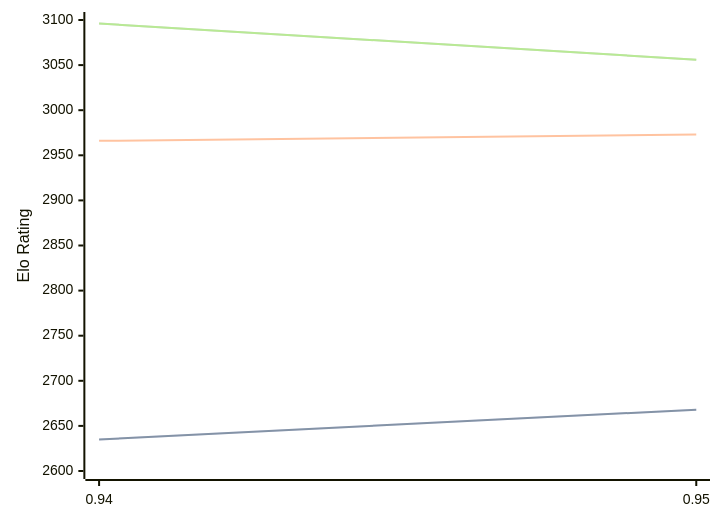
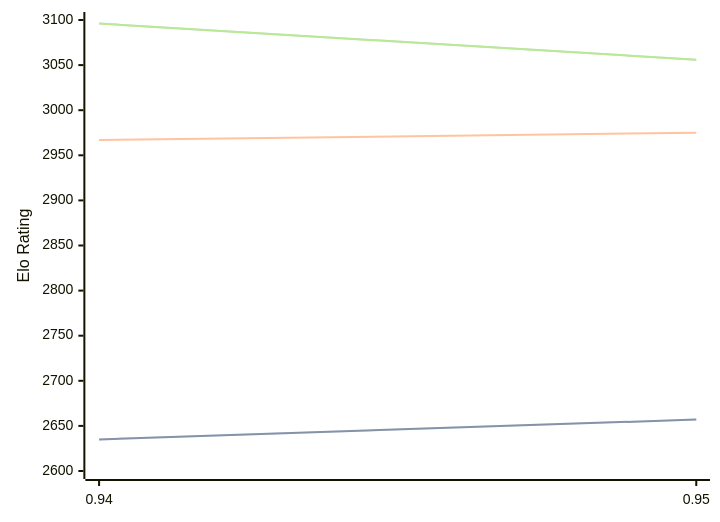
Before and after one commit to computer-chess-index/cci: the diagram in engines/Myrddin.md, drawn with Mermaid. The commit also changed other lines of this file, not shown here.

Commit message:
Update CCI Ratings (ELO VLTC) - 2026-04-27

````diff
--- a/engines/Myrddin.md
+++ b/engines/Myrddin.md
@@ -37,11 +37,11 @@
 ```mermaid
 %%{init: {"theme":"base","themeVariables":{"seriesColors:['#a3a3a3','#222221','#faa371']}}}%%
 xychart-beta
   x-axis ["0.94", "0.95"]
   y-axis "Elo Rating" 2600 --> 3100
-  line "STC (8.0+0.08s)" [2635, 2668]
-  line "STC (8.0+0.08s)" [2635, 2668]
-  line "LTC (60.0+0.60s)" [2966, 2973]
+  line "STC (8.0+0.08s)" [2635, 2657]
+  line "STC (8.0+0.08s)" [2635, 2657]
+  line "LTC (60.0+0.60s)" [2967, 2975]
   line "VLTC (2m24s+1.12s)" [3096, 3056]
   line "VLTC (2m24s+1.12s)" [3096, 3056]
 ```
````
